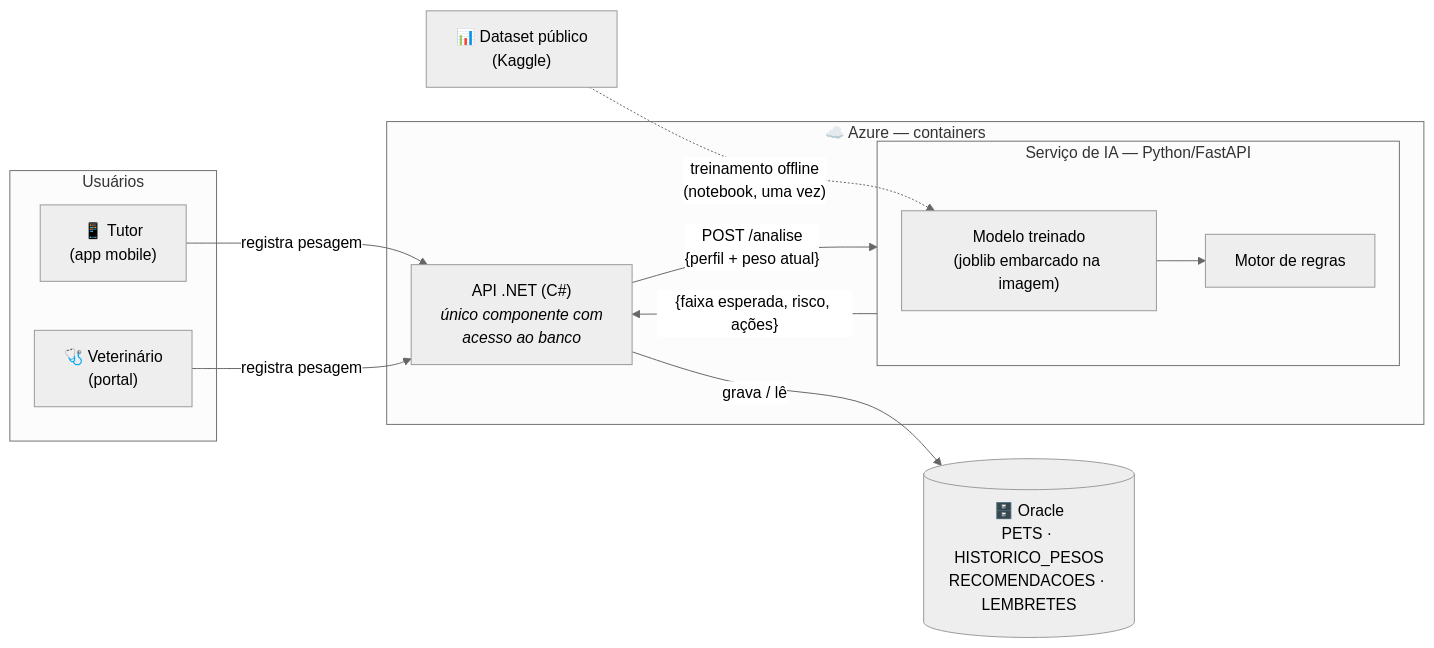
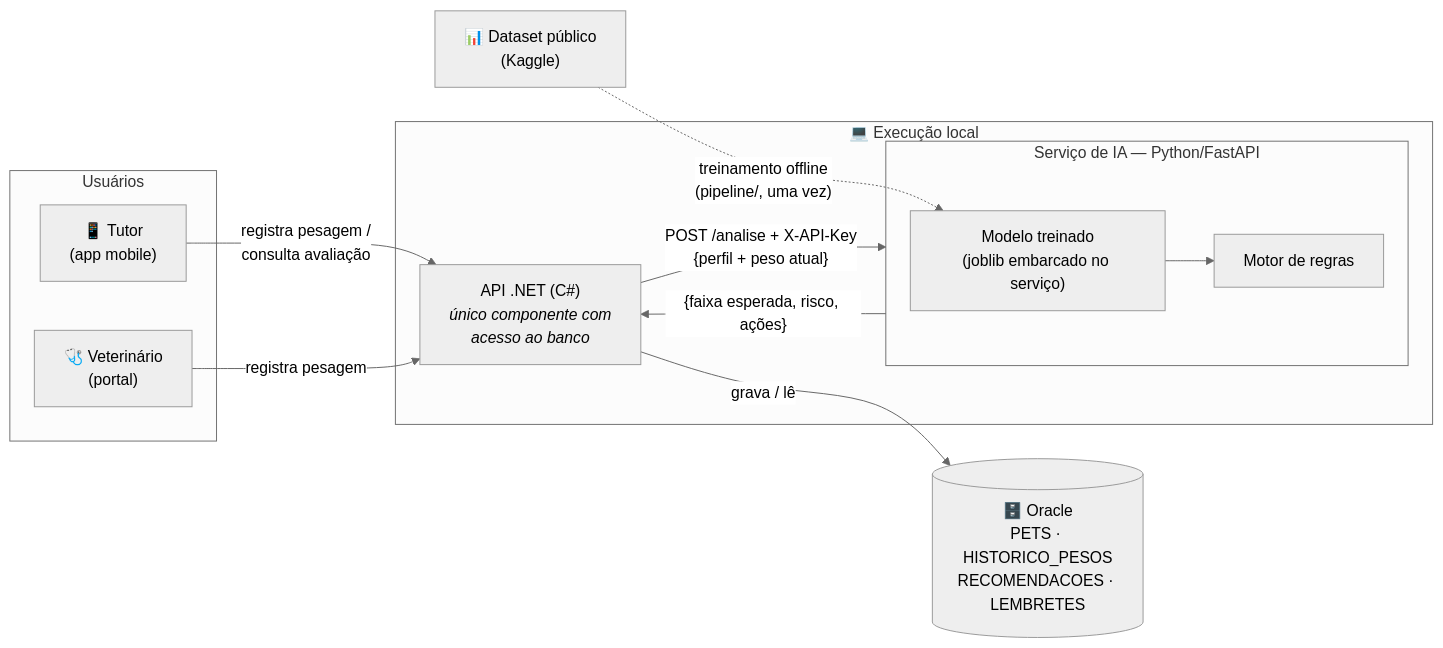
Before and after one commit to Driven-Soft/Fidelis-IOT-IA: the first of 2 diagrams in README.md, drawn with Mermaid (neutral theme). The commit also changed other lines of this file and 2 other files, not shown here.

````diff
--- a/README.md
+++ b/README.md
@@ -110,26 +247,26 @@
 ```mermaid
 flowchart LR
     subgraph Usuarios["Usuários"]
         T["📱 Tutor<br/>(app mobile)"]
         V["🩺 Veterinário<br/>(portal)"]
     end
 
-    subgraph Azure["☁️ Azure — containers"]
+    subgraph Local["💻 Execução local"]
         API["API .NET (C#)<br/><i>único componente com<br/>acesso ao banco</i>"]
         subgraph IASvc["Serviço de IA — Python/FastAPI"]
-            M["Modelo treinado<br/>(joblib embarcado na imagem)"]
+            M["Modelo treinado<br/>(joblib embarcado no serviço)"]
             R["Motor de regras"]
         end
     end
 
     DB[("🗄️ Oracle<br/>PETS · HISTORICO_PESOS<br/>RECOMENDACOES · LEMBRETES")]
     K["📊 Dataset público<br/>(Kaggle)"]
 
-    T -- "registra pesagem" --> API
+    T -- "registra pesagem /<br/>consulta avaliação" --> API
     V -- "registra pesagem" --> API
     API -- "grava / lê" --> DB
-    API -- "POST /analise<br/>{perfil + peso atual}" --> IASvc
+    API -- "POST /analise + X-API-Key<br/>{perfil + peso atual}" --> IASvc
     M --> R
     IASvc -- "{faixa esperada, risco, ações}" --> API
-    K -. "treinamento offline<br/>(notebook, uma vez)" .-> M
+    K -. "treinamento offline<br/>(pipeline/, uma vez)" .-> M
 ```
````
